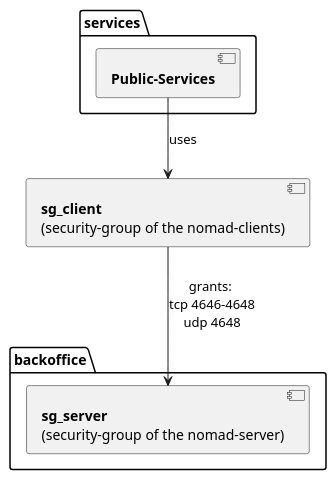
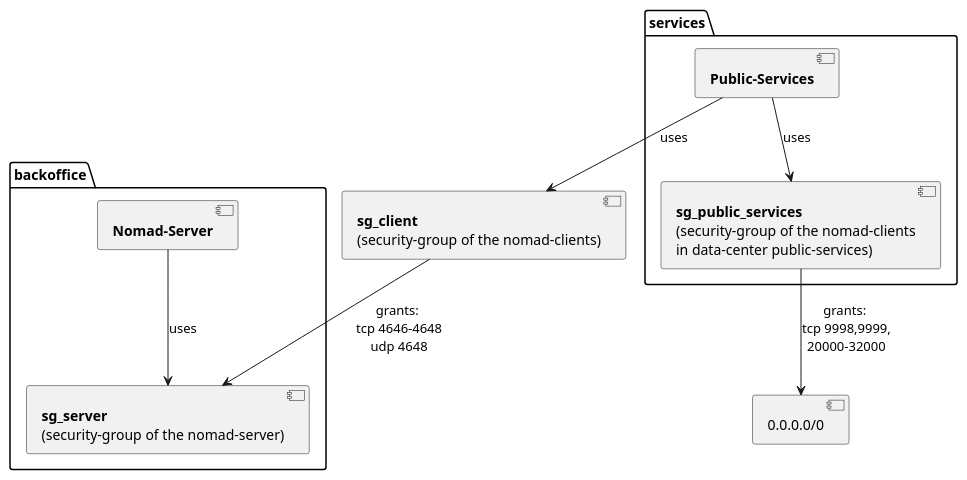
One commit to MatthiasScholz/cos changed the diagram in modules/nomad/access.plantuml. Above: the diagram before and after it, drawn with PlantUML. The commit also changed 3 other files, not shown here.

Commit message:
.UPDATE clean up security-groups for public-services

```diff
--- a/modules/nomad/access.plantuml
+++ b/modules/nomad/access.plantuml
@@ -1,17 +1,24 @@
 @startuml
 
 package "backoffice"{
+  [**Nomad-Server**] as SERVER
   [**sg_server**\n(security-group of the nomad-server)] as SG_SERVER
 }
 
 package "services"{
-  [**Public-Services**] as SG_PULBIC
+  [**Public-Services**] as PULBIC
+  [**sg_public_services**\n(security-group of the nomad-clients\nin data-center public-services)] as SG_PULBIC
 }
 
 [**sg_client**\n(security-group of the nomad-clients)] as SG_CLIENT
 
-SG_PULBIC --> SG_CLIENT: uses
+[0.0.0.0/0] as ALL
+
+PULBIC --> SG_CLIENT: uses
+PULBIC --> SG_PULBIC: uses
+SG_PULBIC --> ALL: grants: \ntcp 9998,9999,\n20000-32000
 SG_CLIENT --> SG_SERVER: grants: \ntcp 4646-4648\nudp 4648
+SERVER --> SG_SERVER: uses
 
 
 @enduml
```
